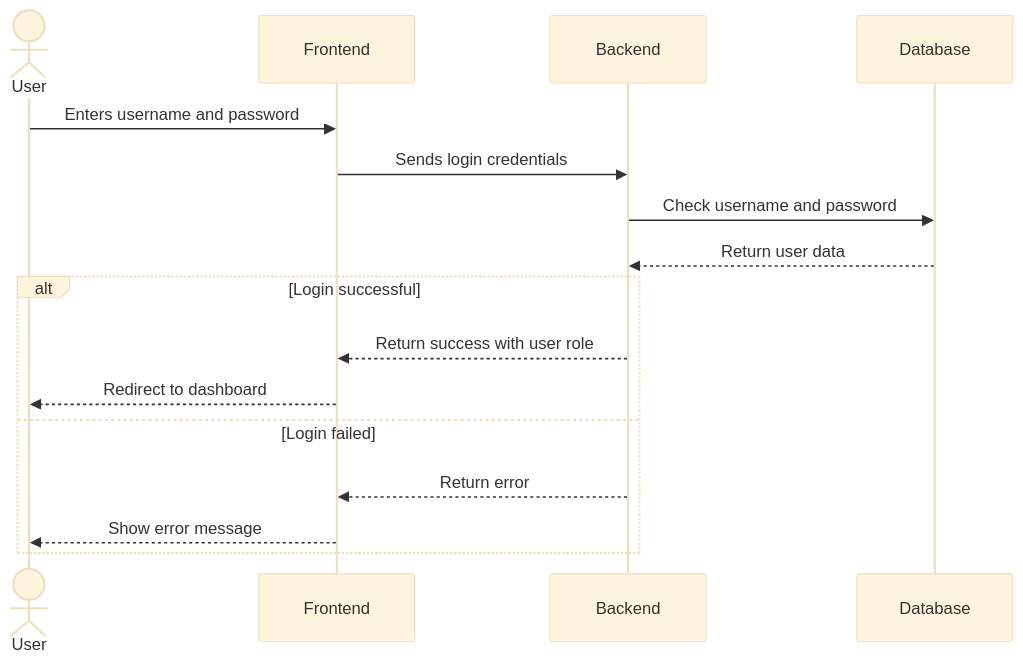
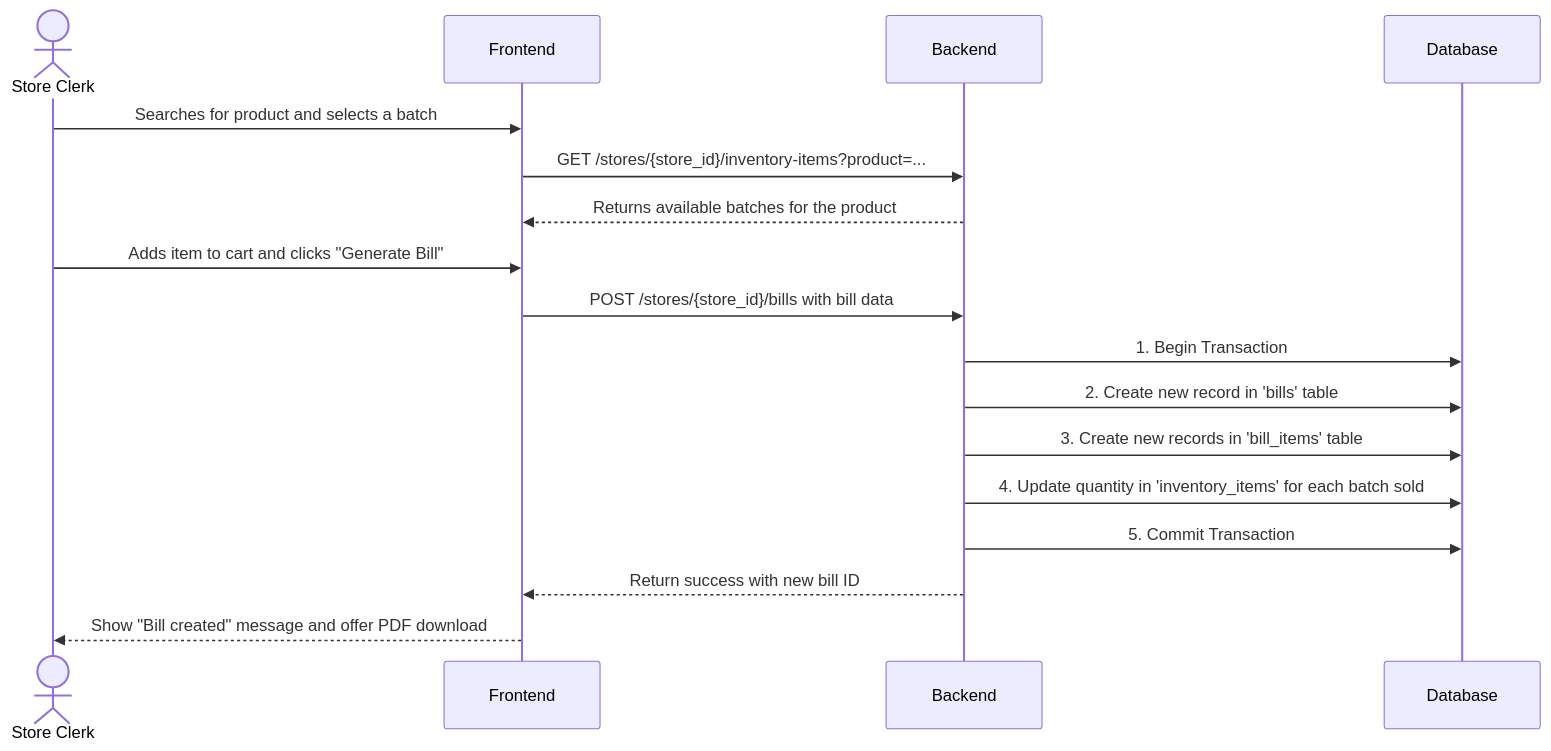
Before and after one commit to rohitagarwal-gkmit/retailpulse-docs: the second of 6 diagrams in docs/technical/data_flow.md, drawn with Mermaid. The commit also changed other lines of this file and 8 other files, not shown here.

Commit message:
[refactor]: update future enhancements, index overview, API design, authentication flow, data flow diagrams, schema design, and use cases to detail for multi-store management and inventory tracking.

````diff
--- a/docs/technical/data_flow.md
+++ b/docs/technical/data_flow.md
@@ -29,20 +35,23 @@
 ```mermaid
-%%{init: {'theme':'base', 'themeVariables': { 'fontSize':'18px', 'fontFamily':'Arial'}}}%%
 sequenceDiagram
-    actor User
+    actor Store Clerk
     participant UI as Frontend
     participant API as Backend
     participant DB as Database
-
-    User->>UI: Enters username and password
-    UI->>API: Sends login credentials
-    API->>DB: Check username and password
-    DB-->>API: Return user data
-    alt Login successful
-        API-->>UI: Return success with user role
-        UI-->>User: Redirect to dashboard
-    else Login failed
-        API-->>UI: Return error
-        UI-->>User: Show error message
-    end
+    
+    Store Clerk->>UI: Searches for product and selects a batch
+    UI->>API: GET /stores/{store_id}/inventory-items?product=...
+    API-->>UI: Returns available batches for the product
+    
+    Store Clerk->>UI: Adds item to cart and clicks "Generate Bill"
+    UI->>API: POST /stores/{store_id}/bills with bill data
+    
+    API->>DB: 1. Begin Transaction
+    API->>DB: 2. Create new record in 'bills' table
+    API->>DB: 3. Create new records in 'bill_items' table
+    API->>DB: 4. Update quantity in 'inventory_items' for each batch sold
+    API->>DB: 5. Commit Transaction
+    
+    API-->>UI: Return success with new bill ID
+    UI-->>Store Clerk: Show "Bill created" message and offer PDF download
 ```
````
